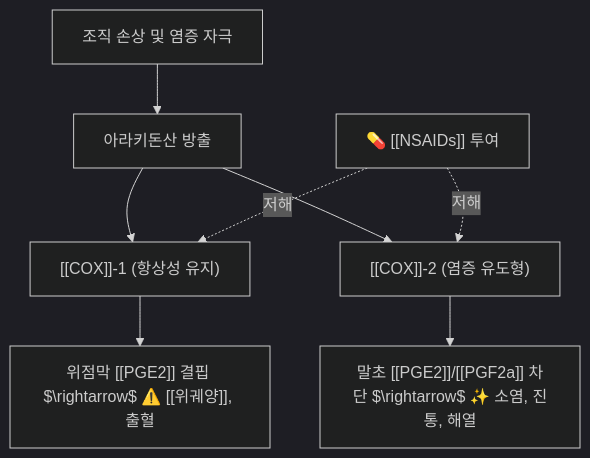
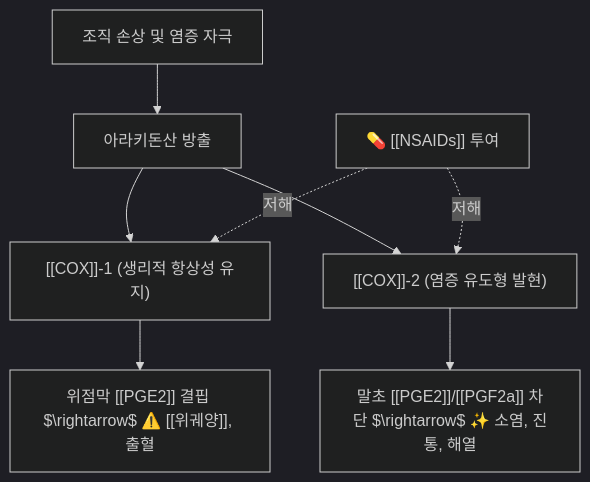
The diagram in content/2. 약리 공부/의약품/01_근골격·진통소염제/NSAIDs.md (simbio11/simbio-digital-garden2), drawn with Mermaid (dark theme) before and after one commit. The commit also changed other lines of this file and 39 other files, not shown here.

````diff
--- a/content/2. 약리 공부/의약품/01_근골격·진통소염제/NSAIDs.md
+++ b/content/2. 약리 공부/의약품/01_근골격·진통소염제/NSAIDs.md
@@ -53,12 +52,12 @@
 ```mermaid
 graph TD
     TissueDamage["조직 손상 및 염증 자극"] --> AA["아라키돈산 방출"]
-    AA --> COX1["[[COX]]-1 (항상성 유지)"]
-    AA --> COX2["[[COX]]-2 (염증 유도형)"]
+    AA --> COX1["[[COX]]-1 (생리적 항상성 유지)"]
+    AA --> COX2["[[COX]]-2 (염증 유도형 발현)"]
 
     NSAIDBlock["💊 [[NSAIDs]] 투여"] -.->|저해| COX1
     NSAIDBlock -.->|저해| COX2
 
     COX1 --> MucinDown["위점막 [[PGE2]] 결핍 $\rightarrow$ ⚠️ [[위궤양]], 출혈"]
     COX2 --> PainRelief["말초 [[PGE2]]/[[PGF2a]] 차단 $\rightarrow$ ✨ 소염, 진통, 해열"]
 ```
````
